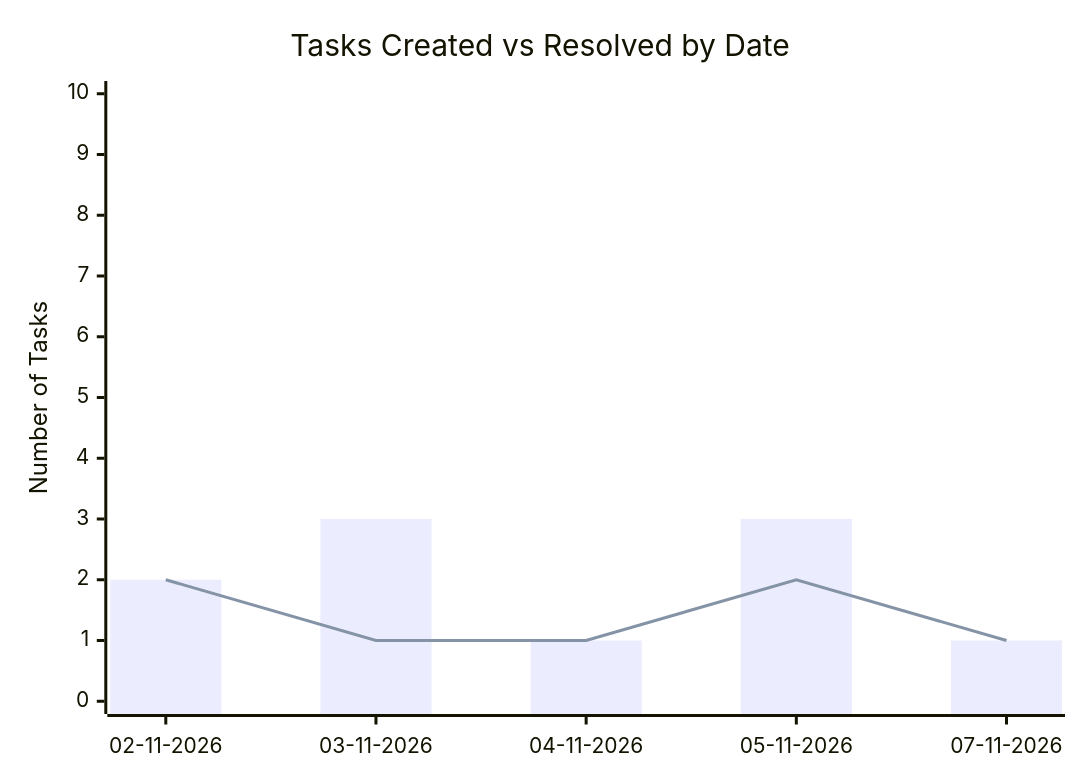
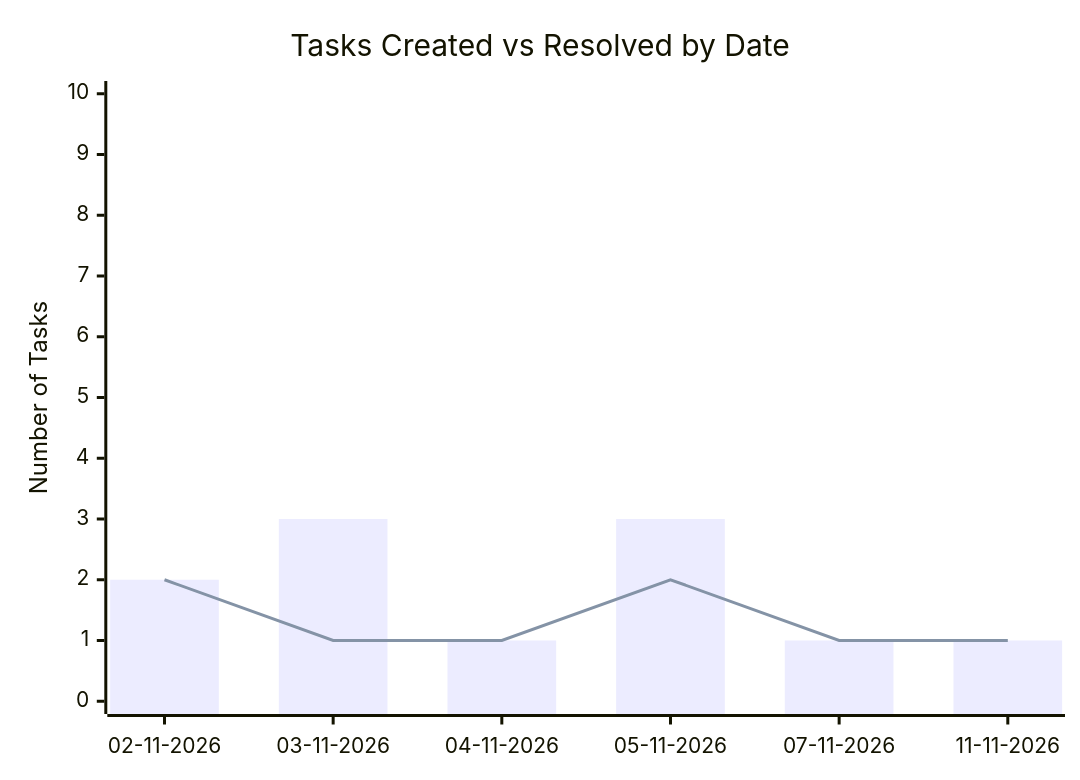
One commit to sagarms97/MyWorkDairy changed the second of 2 diagrams in KUD/Analytics.md. Above: the diagram before and after it, drawn with Mermaid. The commit also changed other lines of this file and 6 other files, not shown here.

````diff
--- a/KUD/Analytics.md
+++ b/KUD/Analytics.md
@@ -28,8 +29,8 @@
 ```mermaid
 xychart-beta
     title "Tasks Created vs Resolved by Date"
-    x-axis ["02-11-2026", "03-11-2026", "04-11-2026", "05-11-2026", "07-11-2026"]
+    x-axis ["02-11-2026", "03-11-2026", "04-11-2026", "05-11-2026", "07-11-2026", "11-11-2026"]
     y-axis "Number of Tasks" 0 --> 10
-    bar [2, 3, 1, 3, 1]
-    line [2, 1, 1, 2, 1]
+    bar [2, 3, 1, 3, 1, 1]
+    line [2, 1, 1, 2, 1, 1]
 ```
````
